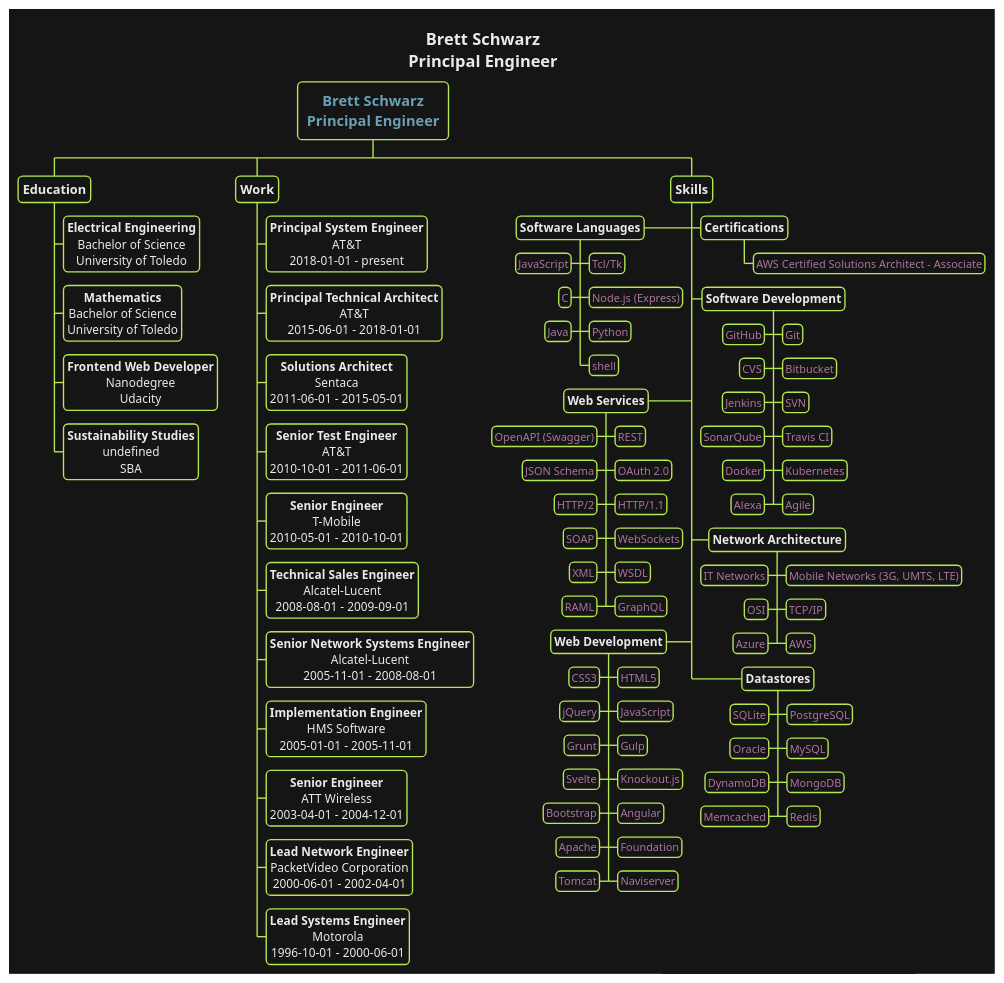
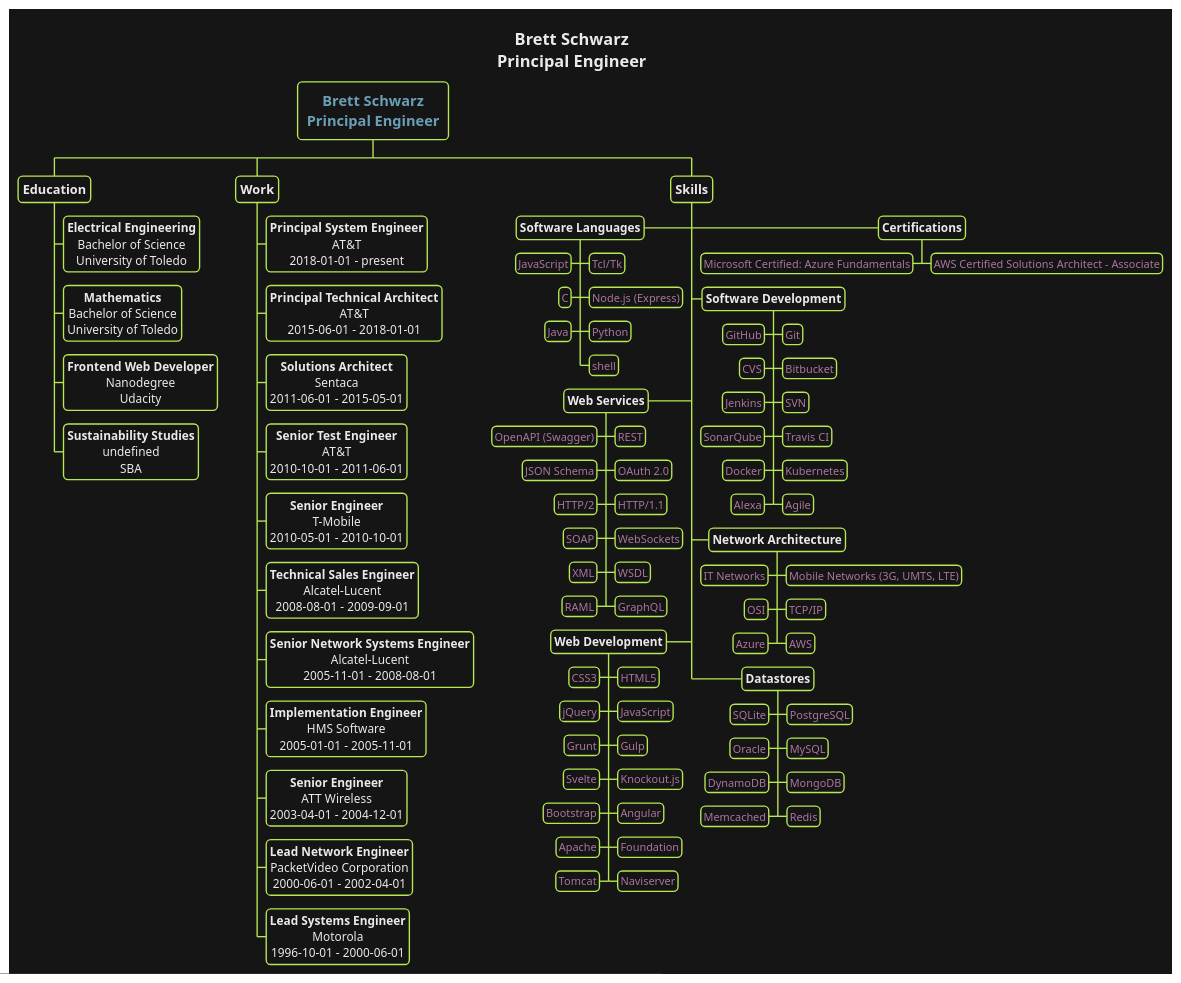
Before and after one commit to bschwarz/bschwarz.github.io: the diagram in assets/files/resume-dark.puml, drawn with PlantUML. The commit also changed 4 other files, not shown here.

```diff
--- a/assets/files/resume-dark.puml
+++ b/assets/files/resume-dark.puml
@@ -1,134 +1,135 @@
 @startwbs
 
 skinparam backgroundColor transparent
 
 
 skinparam  {
     defaultFontName   "Verdana"
     defaultFontSize   12
     defaultTextAlignment center
     shadowing false
     RoundCorner 10
     TitleFontSize 18
     TitleFontColor #eaeaea
 }
 <style>
 wbsDiagram {
     LineColor #b5e853
     BorderThickness 3
     BackgroundColor #151515
     FontColor #eaeaea
     :depth(0) {
         fontSize 16
         fontStyle bold
         fontColor #6a9fb5
     }
     :depth(1) {
         fontSize 14
         padding 5
         fontStyle bold
     }
     :depth(2) {
         fontSize 13
         padding 4
     }
     :depth(3) {
         fontSize 12
         padding 3
         fontColor #aa759f
     }
 
 }
 </style>
 
 
 
 title Brett Schwarz\nPrincipal Engineer
 
 * Brett Schwarz\nPrincipal Engineer
 ** Education
 *** <b>Electrical Engineering\nBachelor of Science\nUniversity of Toledo
 *** <b>Mathematics\nBachelor of Science\nUniversity of Toledo
 *** <b>Frontend Web Developer\nNanodegree\nUdacity
 *** <b>Sustainability Studies\nundefined\nSBA
 ** Work
 *** <b>Principal System Engineer\nAT&T\n2018-01-01 - present
 *** <b>Principal Technical Architect\nAT&T\n2015-06-01 - 2018-01-01
 *** <b>Solutions Architect\nSentaca\n2011-06-01 - 2015-05-01
 *** <b>Senior Test Engineer\nAT&T\n2010-10-01 - 2011-06-01
 *** <b>Senior Engineer\nT-Mobile\n2010-05-01 - 2010-10-01
 *** <b>Technical Sales Engineer\nAlcatel-Lucent\n2008-08-01 - 2009-09-01
 *** <b>Senior Network Systems Engineer\nAlcatel-Lucent\n2005-11-01 - 2008-08-01
 *** <b>Implementation Engineer\nHMS Software\n2005-01-01 - 2005-11-01
 *** <b>Senior Engineer\nATT Wireless\n2003-04-01 - 2004-12-01
 *** <b>Lead Network Engineer\nPacketVideo Corporation\n2000-06-01 - 2002-04-01
 *** <b>Lead Systems Engineer\nMotorola\n1996-10-01 - 2000-06-01
 ** Skills
 ***> <b>Certifications
 ****> AWS Certified Solutions Architect - Associate
+****< Microsoft Certified: Azure Fundamentals
 ***< <b>Software Languages
 ****> Tcl/Tk
 ****< JavaScript
 ****> Node.js (Express)
 ****< C
 ****> Python
 ****< Java
 ****> shell
 ***> <b>Software Development
 ****> Git
 ****< GitHub
 ****> Bitbucket
 ****< CVS
 ****> SVN
 ****< Jenkins
 ****> Travis CI
 ****< SonarQube
 ****> Kubernetes
 ****< Docker
 ****> Agile
 ****< Alexa
 ***< <b>Web Services
 ****> REST
 ****< OpenAPI (Swagger)
 ****> OAuth 2.0
 ****< JSON Schema
 ****> HTTP/1.1
 ****< HTTP/2
 ****> WebSockets
 ****< SOAP
 ****> WSDL
 ****< XML
 ****> GraphQL
 ****< RAML
 ***> <b>Network Architecture
 ****> Mobile Networks (3G, UMTS, LTE)
 ****< IT Networks
 ****> TCP/IP
 ****< OSI
 ****> AWS
 ****< Azure
 ***< <b>Web Development
 ****> HTML5
 ****< CSS3
 ****> JavaScript
 ****< jQuery
 ****> Gulp
 ****< Grunt
 ****> Knockout.js
 ****< Svelte
 ****> Angular
 ****< Bootstrap
 ****> Foundation
 ****< Apache
 ****> Naviserver
 ****< Tomcat
 ***> <b>Datastores
 ****> PostgreSQL
 ****< SQLite
 ****> MySQL
 ****< Oracle
 ****> MongoDB
 ****< DynamoDB
 ****> Redis
 ****< Memcached
 @endwbs
```
